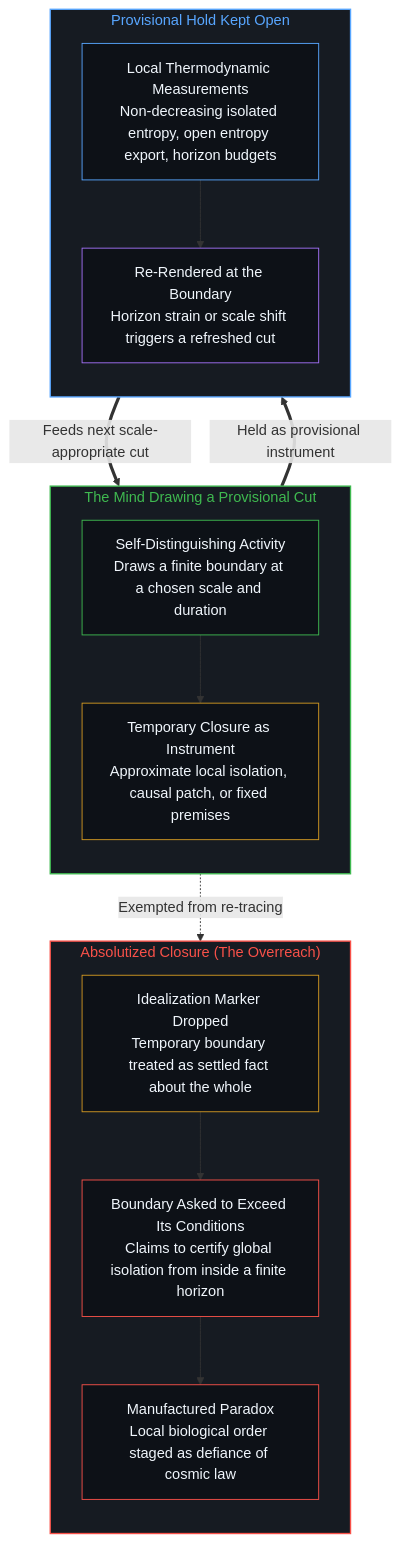
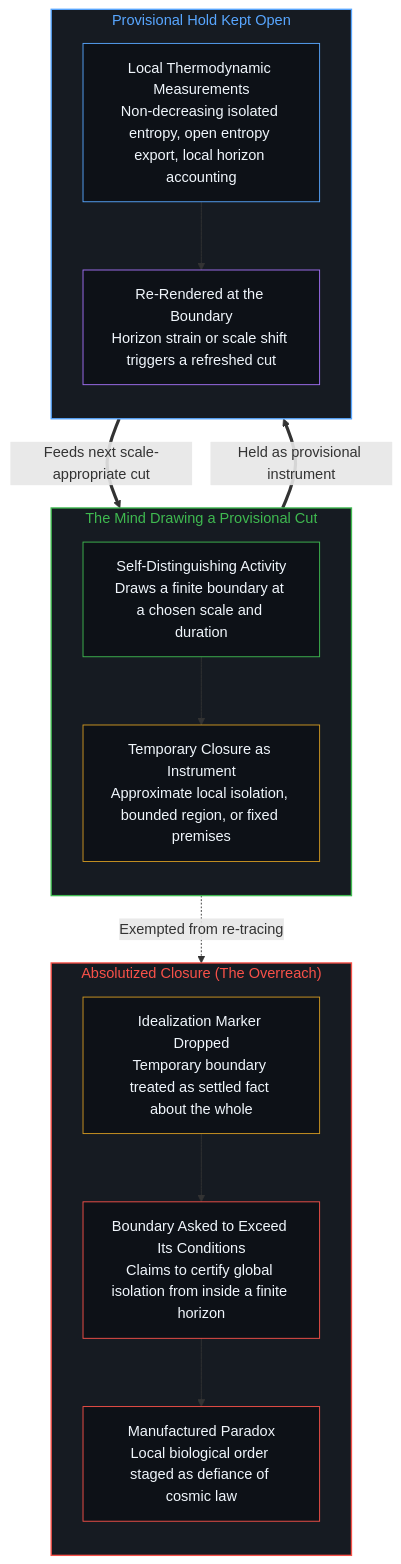
The second of 4 diagrams in content/posts/boundary-of-the-isolation-idealization-and-the-non-closable-open.md (powerpig99/not-a-toe), drawn with Mermaid before and after one commit. The commit also changed other lines of this file and 24 other files, not shown here.

````diff
--- a/content/posts/boundary-of-the-isolation-idealization-and-the-non-closable-open.md
+++ b/content/posts/boundary-of-the-isolation-idealization-and-the-non-closable-open.md
@@ -85,35 +85,35 @@
 ```mermaid
 flowchart TD
     subgraph S_Mind["The Mind Drawing a Provisional Cut"]
         direction TB
         M_Act["Self-Distinguishing Activity<br/>Draws a finite boundary at a chosen scale and duration"]
-        M_Hold["Temporary Closure as Instrument<br/>Approximate local isolation, causal patch, or fixed premises"]
+        M_Hold["Temporary Closure as Instrument<br/>Approximate local isolation, bounded region, or fixed premises"]
         M_Act --> M_Hold
     end
     subgraph S_Work["Provisional Hold Kept Open"]
         direction TB
-        W_Meas["Local Thermodynamic Measurements<br/>Non-decreasing isolated entropy, open entropy export, horizon budgets"]
+        W_Meas["Local Thermodynamic Measurements<br/>Non-decreasing isolated entropy, open entropy export, local horizon accounting"]
         W_Re["Re-Rendered at the Boundary<br/>Horizon strain or scale shift triggers a refreshed cut"]
         W_Meas --> W_Re
     end
     subgraph S_Over["Absolutized Closure (The Overreach)"]
         direction TB
         O_Drop["Idealization Marker Dropped<br/>Temporary boundary treated as settled fact about the whole"]
         O_Ask["Boundary Asked to Exceed Its Conditions<br/>Claims to certify global isolation from inside a finite horizon"]
         O_Para["Manufactured Paradox<br/>Local biological order staged as defiance of cosmic law"]
         O_Drop --> O_Ask --> O_Para
     end
     M_Hold ==>|"Held as provisional instrument"| W_Meas
     W_Re ==>|"Feeds next scale-appropriate cut"| M_Act
     M_Hold -.->|"Exempted from re-tracing"| O_Drop
     style S_Mind fill:#161b22,stroke:#3fb950,stroke-width:1.5px,color:#3fb950
     style S_Work fill:#161b22,stroke:#58a6ff,stroke-width:1.5px,color:#58a6ff
     style S_Over fill:#161b22,stroke:#f85149,stroke-width:1.5px,color:#f85149
     style M_Act fill:#0d1117,stroke:#3fb950,stroke-width:1px,color:#f0f6fc
     style M_Hold fill:#0d1117,stroke:#d29922,stroke-width:1px,color:#f0f6fc
     style W_Meas fill:#0d1117,stroke:#58a6ff,stroke-width:1px,color:#f0f6fc
     style W_Re fill:#0d1117,stroke:#a371f7,stroke-width:1px,color:#f0f6fc
     style O_Drop fill:#0d1117,stroke:#d29922,stroke-width:1px,color:#f0f6fc
     style O_Ask fill:#0d1117,stroke:#f85149,stroke-width:1px,color:#f0f6fc
     style O_Para fill:#0d1117,stroke:#f85149,stroke-width:1px,color:#f0f6fc
 ```
````
